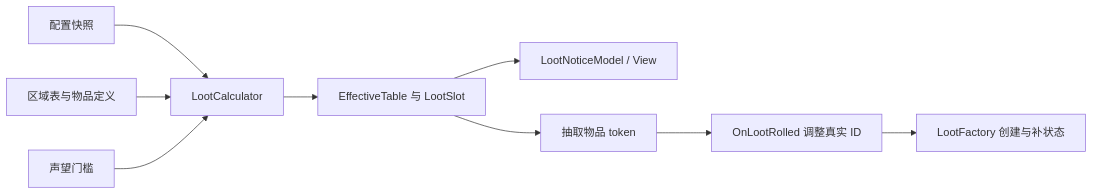
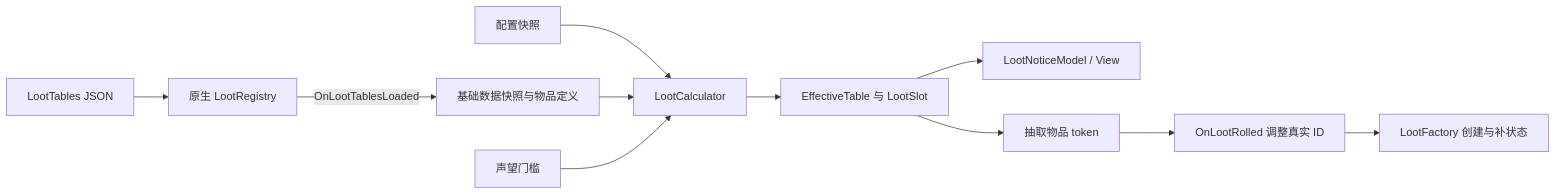
The diagram in docs/ARCHITECTURE.md (Cycbloom/probably-stolen-mod), drawn with Mermaid before and after one commit. The commit also changed other lines of this file and 19 other files, not shown here.

First line of the commit message:
1.0.8 feat: 迁移静态掉落数据到原生 LootTables JSON

````diff
--- a/docs/ARCHITECTURE.md
+++ b/docs/ARCHITECTURE.md
@@ -18,11 +18,13 @@
 ```mermaid
 flowchart LR
   Config[配置快照] --> Calculator[LootCalculator]
-  Catalog[区域表与物品定义] --> Calculator
+  Json[LootTables JSON] --> Registry[原生 LootRegistry]
+  Registry -->|OnLootTablesLoaded| Catalog[基础数据快照与物品定义]
+  Catalog --> Calculator
   Progress[声望门槛] --> Calculator
   Calculator --> Table[EffectiveTable 与 LootSlot]
   Table --> Notice[LootNoticeModel / View]
   Table --> Roll[抽取物品 token]
   Roll --> Event[OnLootRolled 调整真实 ID]
   Event --> Factory[LootFactory 创建与补状态]
 ```
````
